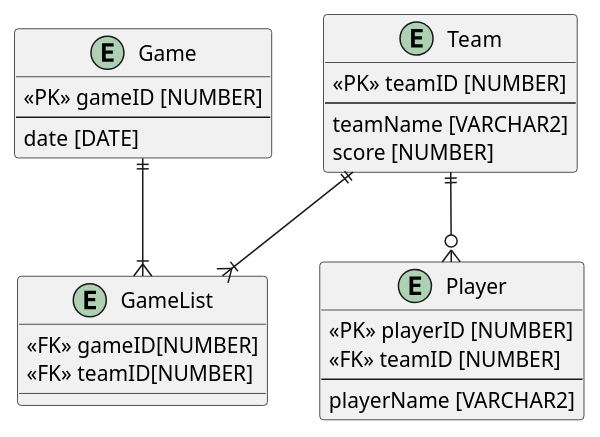
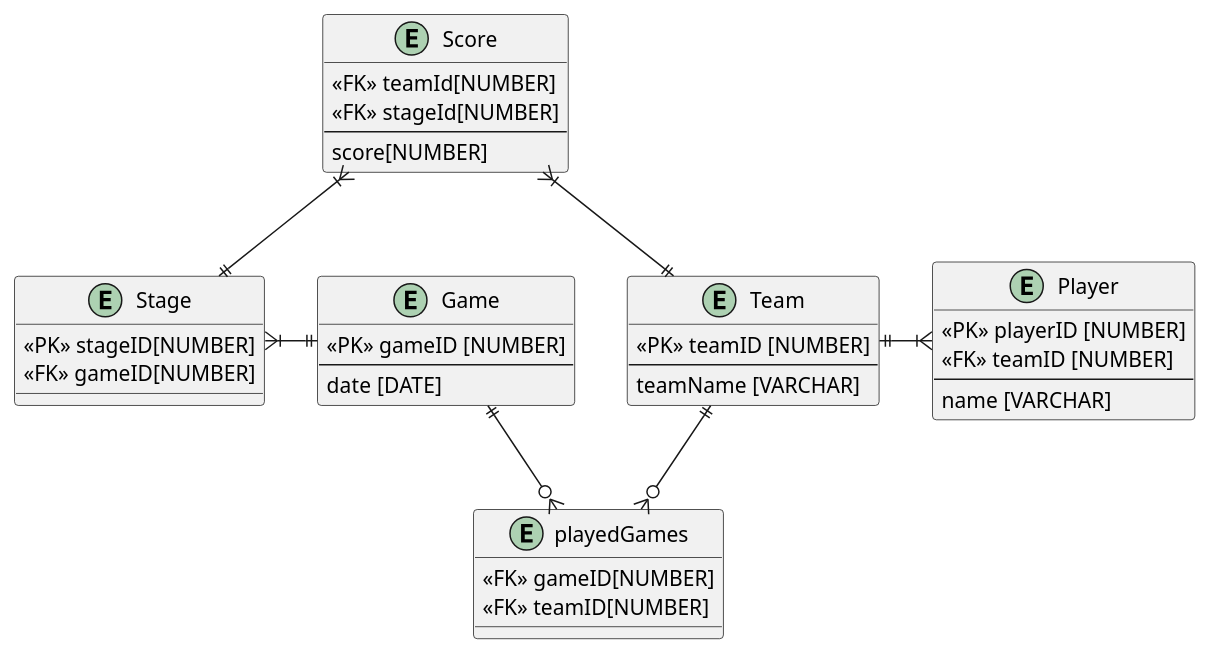
Before and after one commit to 2425-4bhitm-itp/eispunkt: the diagram in EispunktERD.puml, drawn with PlantUML. The commit also changed 7 other files, not shown here.

Commit message:
added postgres docker compose, finished Database Model, updated ERD

```diff
--- a/EispunktERD.puml
+++ b/EispunktERD.puml
@@ -1,32 +1,45 @@
 @startuml
     entity Game{
         <<PK>> gameID [NUMBER]
         --
         date [DATE]
     }
 
-    entity GameList{
+    entity playedGames{
         <<FK>> gameID[NUMBER]
         <<FK>> teamID[NUMBER]
     }
 
     entity Team{
         <<PK>> teamID [NUMBER]
         --
-        teamName [VARCHAR2]
-        score [NUMBER]
+        teamName [VARCHAR]
     }
 
     entity Player{
         <<PK>> playerID [NUMBER]
         <<FK>> teamID [NUMBER]
         --
-        playerName [VARCHAR2]
+        name [VARCHAR]
     }
 
+    entity Stage{
+        <<PK>> stageID[NUMBER]
+        <<FK>> gameID[NUMBER]
+    }
 
-    Team ||--|{ GameList
-    Team ||--o{ Player
-    Game ||--|{ GameList
+    entity Score{
+        <<FK>> teamId[NUMBER]
+        <<FK>> stageId[NUMBER]
+        --
+        score[NUMBER]
+    }
+
+    Team||--o{playedGames
+    Game||--o{playedGames
+    Stage}|-||Game
+    Team||-|{Player
+    Score}|--||Stage
+    Score}|--||Team
 
 @enduml
```
